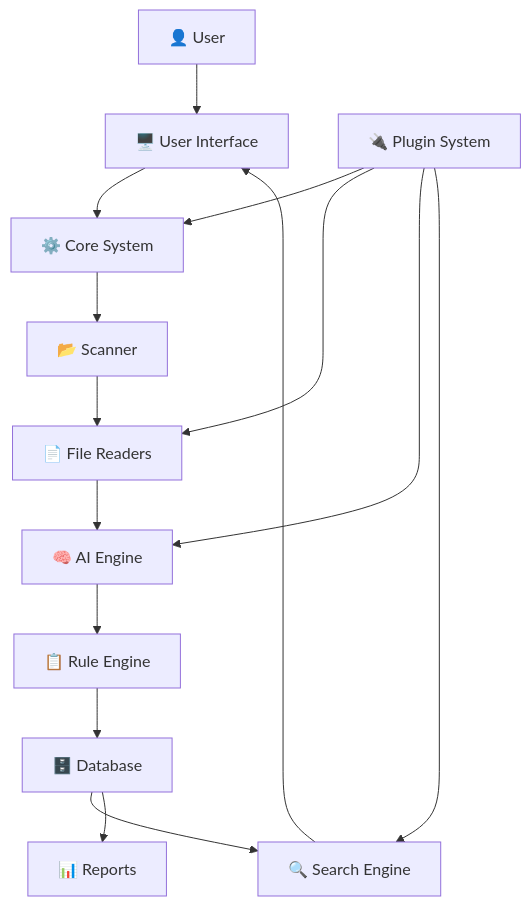
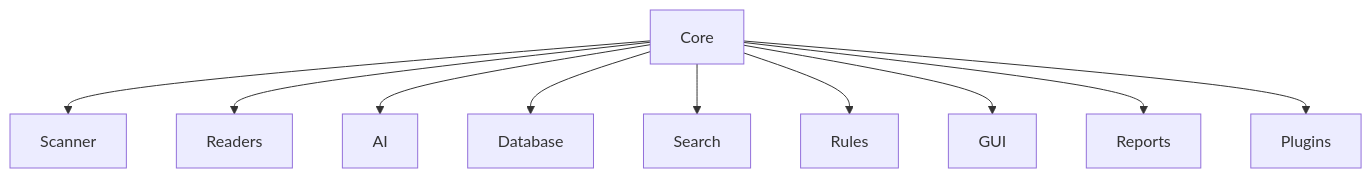
One commit to nishdel/OpenSorSe changed the diagram in docs/Architecture/01_Core/00_Overview.md. Above: the diagram before and after it, drawn with Mermaid. The commit also changed other lines of this file and 11 other files, not shown here.

````diff
--- a/docs/Architecture/01_Core/00_Overview.md
+++ b/docs/Architecture/01_Core/00_Overview.md
@@ -11,54 +39,25 @@
 ```mermaid
-flowchart TD
+flowchart TB
 
-    User["👤 User"]
+    Core["Core"]
 
-    Core["⚙️ Core System"]
-
-    Scanner["📂 Scanner"]
-
-    Readers["📄 File Readers"]
-
-    AI["🧠 AI Engine"]
-
-    Search["🔍 Search Engine"]
-
-    Database["🗄️ Database"]
-
-    Rules["📋 Rule Engine"]
-
-    Reports["📊 Reports"]
-
-    GUI["🖥️ User Interface"]
-
-    Plugins["🔌 Plugin System"]
-
-
-    User --> GUI
-
-    GUI --> Core
+    Scanner["Scanner"]
+    Readers["Readers"]
+    AI["AI"]
+    Database["Database"]
+    Search["Search"]
+    Rules["Rules"]
+    GUI["GUI"]
+    Reports["Reports"]
+    Plugins["Plugins"]
 
     Core --> Scanner
-
-    Scanner --> Readers
-
-    Readers --> AI
-
-    AI --> Rules
-
-    Rules --> Database
-
-    Database --> Search
-
-    Search --> GUI
-
-    Database --> Reports
-
-    Plugins --> Core
-
-    Plugins --> Readers
-
-    Plugins --> AI
-
-    Plugins --> Search
+    Core --> Readers
+    Core --> AI
+    Core --> Database
+    Core --> Search
+    Core --> Rules
+    Core --> GUI
+    Core --> Reports
+    Core --> Plugins
 ```
````
